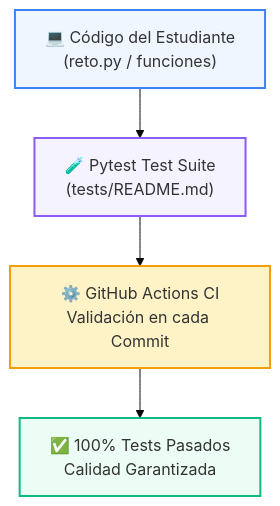
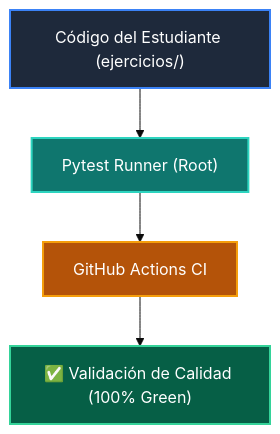
One commit to wisrovi/wisrovi-python changed the diagram in tests/README.md. Above: the diagram before and after it, drawn with Mermaid (base theme). The commit also changed other lines of this file and 271 other files, not shown here.

Commit message:
docs: rewrite all README.md files with bespoke topic-specific Mermaid diagrams and remove repetitive boilerplate

````diff
--- a/tests/README.md
+++ b/tests/README.md
@@ -10,11 +9,11 @@
 ```mermaid
 flowchart TD
-    DEV["💻 Código del Estudiante<br/>(reto.py / funciones)"] --> PYTEST["🧪 Pytest Test Suite<br/>(tests/README.md)"]
-    PYTEST --> CI["⚙️ GitHub Actions CI<br/>Validación en cada Commit"]
-    CI --> PASS["✅ 100% Tests Pasados<br/>Calidad Garantizada"]
+    CODE["Código del Estudiante (ejercicios/)"] --> PYTEST["Pytest Runner (Root)"]
+    PYTEST --> CI["GitHub Actions CI"]
+    CI --> PASS["✅ Validación de Calidad (100% Green)"]
 
-    style DEV fill:#eff6ff,stroke:#3b82f6,stroke-width:2px
-    style PYTEST fill:#f5f3ff,stroke:#8b5cf6,stroke-width:2px
-    style CI fill:#fef3c7,stroke:#f59e0b,stroke-width:2px
-    style PASS fill:#ecfdf5,stroke:#10b981,stroke-width:2px
+    style CODE fill:#1e293b,color:#fff,stroke:#3b82f6,stroke-width:2px
+    style PYTEST fill:#0f766e,color:#fff,stroke:#2dd4bf,stroke-width:2px
+    style CI fill:#b45309,color:#fff,stroke:#f59e0b,stroke-width:2px
+    style PASS fill:#065f46,color:#fff,stroke:#34d399,stroke-width:2px
 ```
````
